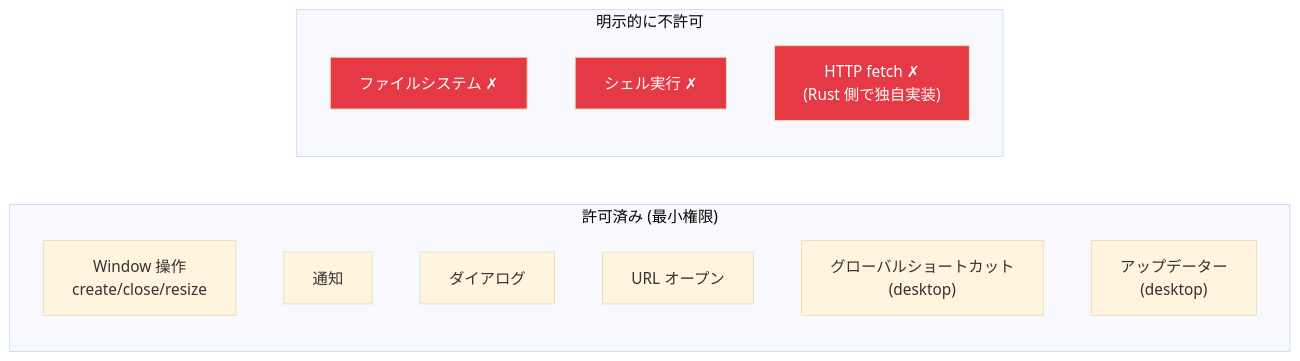
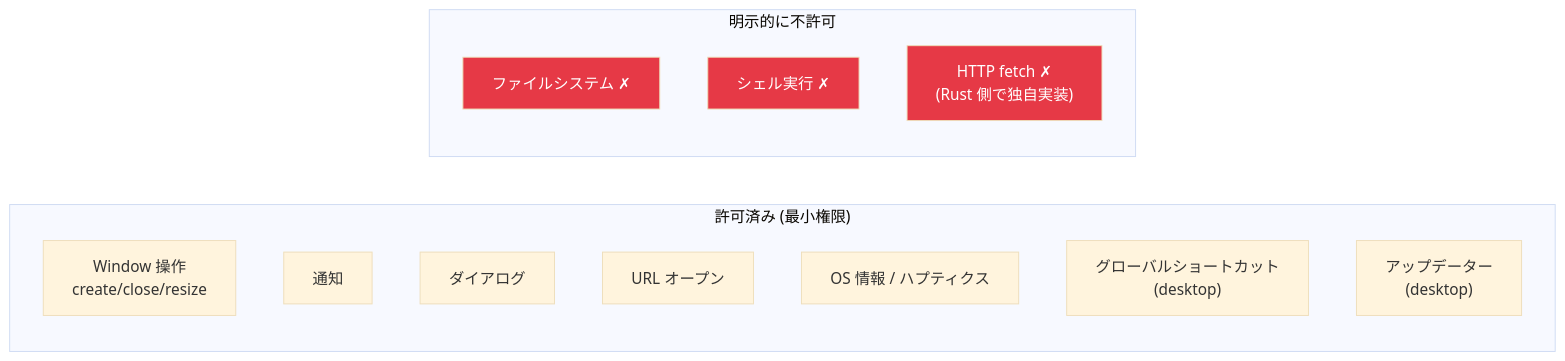
The fifth of 6 diagrams in SECURITY.md (notedeck-dev/notedeck), drawn with Mermaid (base theme) before and after one commit. The commit also changed other lines of this file and 5 other files, not shown here.

````diff
--- a/SECURITY.md
+++ b/SECURITY.md
@@ -378,21 +375,22 @@
 ```mermaid
 graph LR
     subgraph "許可済み (最小権限)"
         W["Window 操作<br/>create/close/resize"]
         N["通知"]
         D["ダイアログ"]
         O["URL オープン"]
+        OS["OS 情報 / ハプティクス"]
         GS["グローバルショートカット<br/>(desktop)"]
         UP["アップデーター<br/>(desktop)"]
     end
 
     subgraph "明示的に不許可"
         FS["ファイルシステム ✗"]
         SH["シェル実行 ✗"]
         HF["HTTP fetch ✗<br/>(Rust 側で独自実装)"]
     end
 
     style FS fill:#e63946,color:#fff
     style SH fill:#e63946,color:#fff
     style HF fill:#e63946,color:#fff
 ```
````
